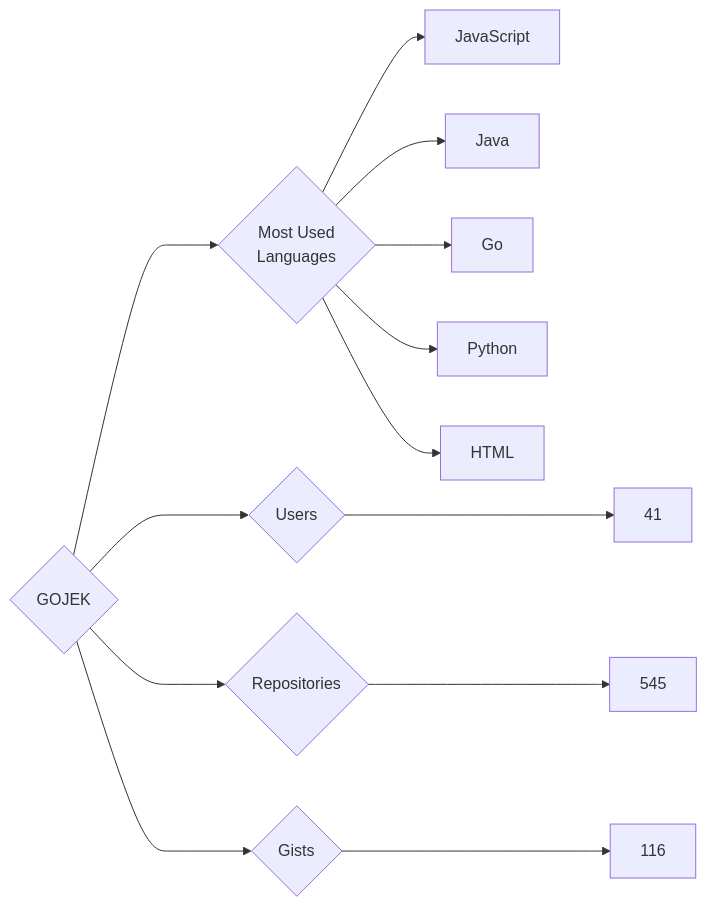
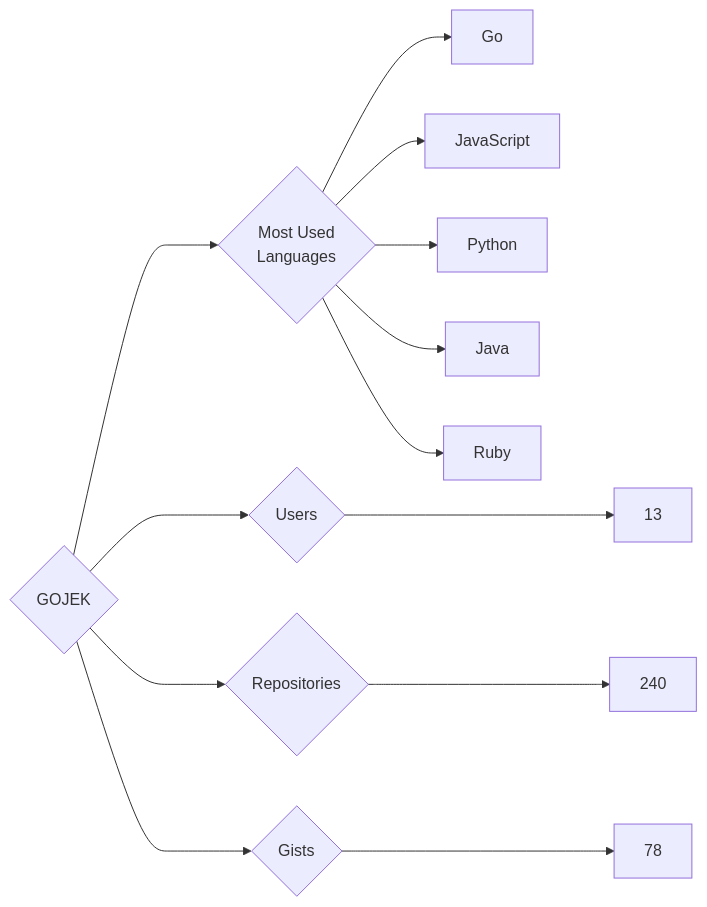
Before and after one commit to trickest/insiders: the diagram in targets/GOJEK/README.md, drawn with Mermaid. The commit also changed 720 other files, not shown here.

````diff
--- a/targets/GOJEK/README.md
+++ b/targets/GOJEK/README.md
@@ -3,13 +3,13 @@
 ```mermaid
 graph LR
 COMPANY_NAME{GOJEK}
-COMPANY_NAME ---> U{Users} ---> UN[41]
-COMPANY_NAME ---> R{Repositories} ---> RN[545]
-COMPANY_NAME ---> G{Gists} ---> GN[116]
+COMPANY_NAME ---> U{Users} ---> UN[13]
+COMPANY_NAME ---> R{Repositories} ---> RN[240]
+COMPANY_NAME ---> G{Gists} ---> GN[78]
 COMPANY_NAME ---> ML{Most Used<br>Languages}
+ML --> Go[Go]
 ML --> JavaScript[JavaScript]
+ML --> Python[Python]
 ML --> Java[Java]
-ML --> Go[Go]
-ML --> Python[Python]
-ML --> HTML[HTML]
+ML --> Ruby[Ruby]
 ```
````
